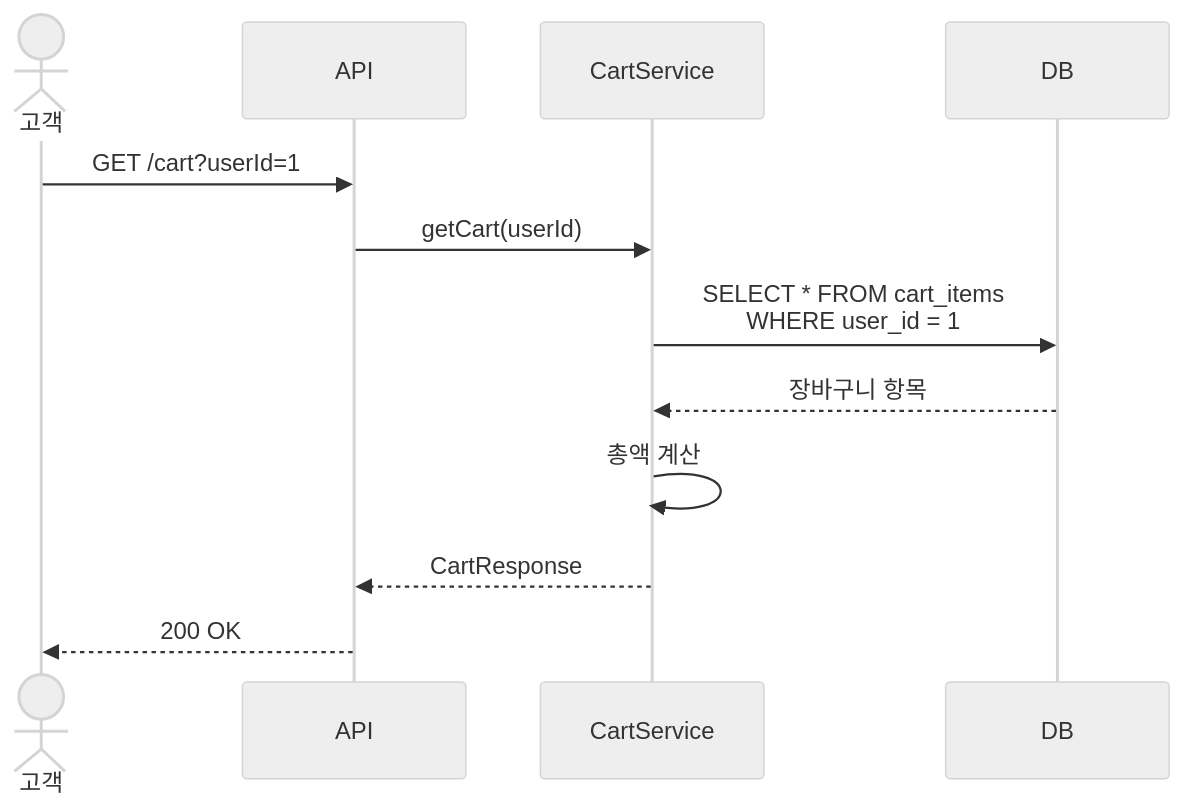
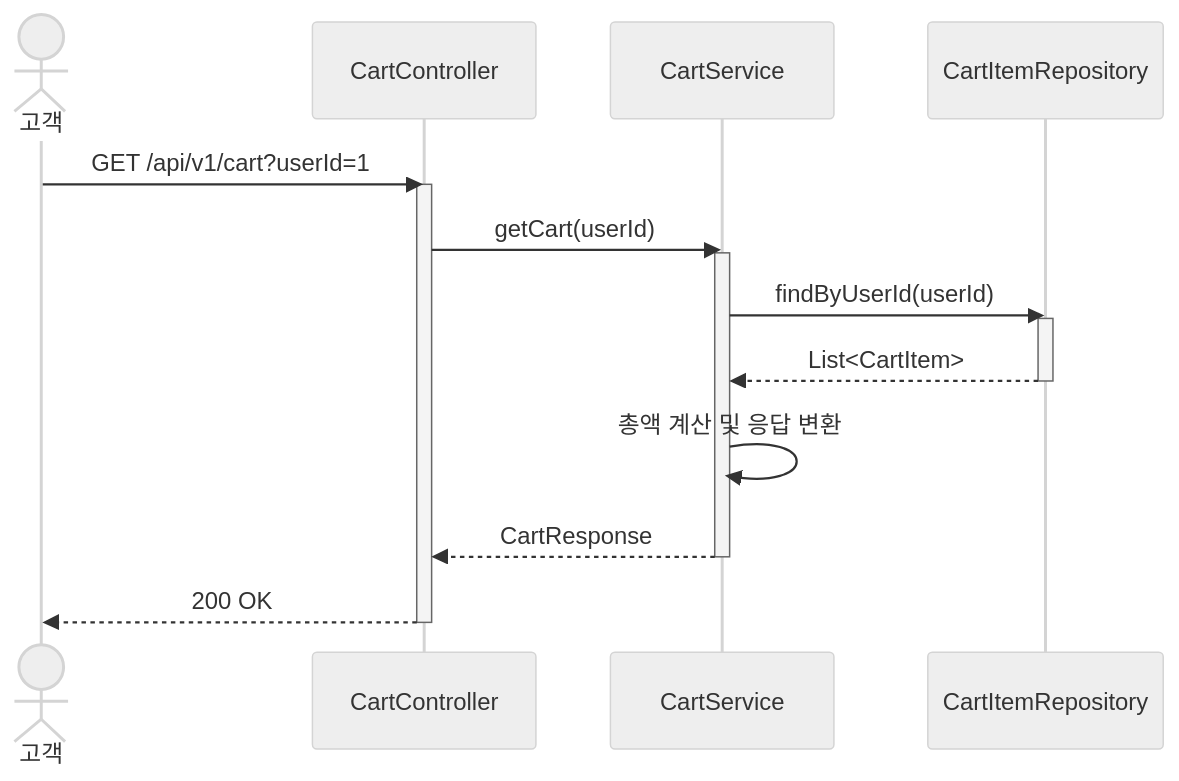
Before and after one commit to jaedeokhan/start-study: the third of 9 diagrams in week2-api-design-management/api-swagger/docs/api/sequence-diagrams.md, drawn with Mermaid (neutral theme). The commit also changed other lines of this file, not shown here.

Commit message:
refact: 상품 조회, 인기 목록 조회, 장바구니 조회 시퀀스 다이어그램 수정

````diff
--- a/week2-api-design-management/api-swagger/docs/api/sequence-diagrams.md
+++ b/week2-api-design-management/api-swagger/docs/api/sequence-diagrams.md
@@ -59,15 +84,25 @@
 ```mermaid
 sequenceDiagram
     actor 고객
-    participant API
-    participant CartService
-    participant DB
+    participant Controller as CartController
+    participant Service as CartService
+    participant Repository as CartItemRepository
 
-    고객->>API: GET /cart?userId=1
-    API->>CartService: getCart(userId)
-    CartService->>DB: SELECT * FROM cart_items<br/>WHERE user_id = 1
-    DB-->>CartService: 장바구니 항목
-    CartService->>CartService: 총액 계산
-    CartService-->>API: CartResponse
-    API-->>고객: 200 OK
+    고객->>Controller: GET /api/v1/cart?userId=1
+    activate Controller
+
+    Controller->>Service: getCart(userId)
+    activate Service
+
+    Service->>Repository: findByUserId(userId)
+    activate Repository
+    Repository-->>Service: List<CartItem>
+    deactivate Repository
+
+    Service->>Service: 총액 계산 및 응답 변환
+    Service-->>Controller: CartResponse
+    deactivate Service
+
+    Controller-->>고객: 200 OK
+    deactivate Controller
 ```
````
